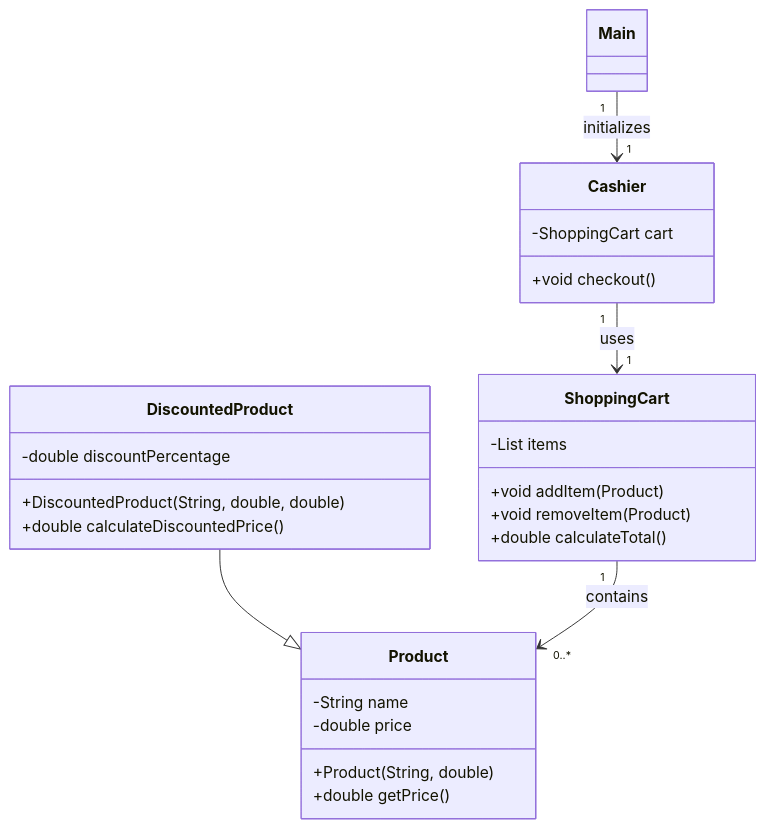
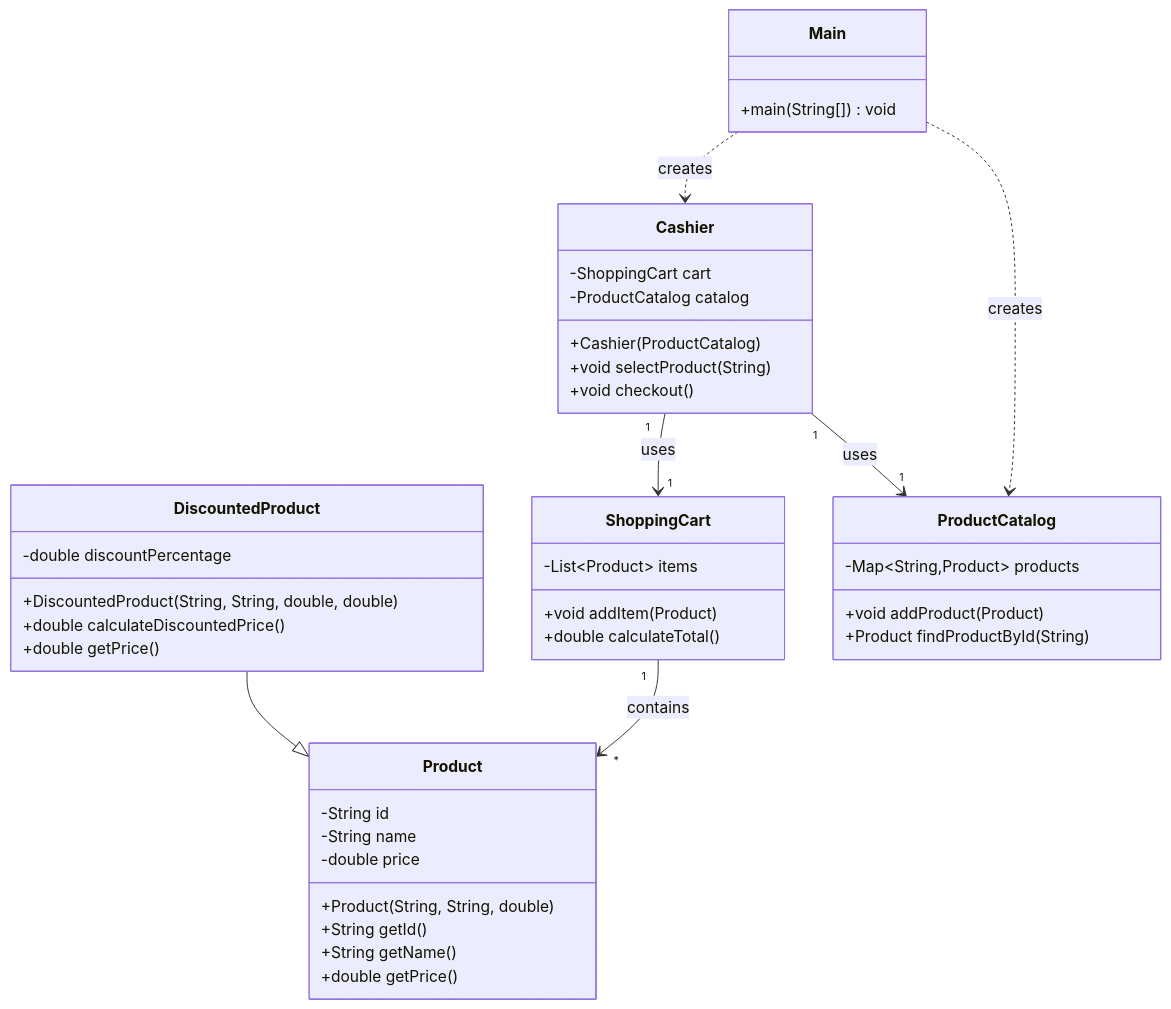
One commit to Sebbys/PBO-04-02 changed the diagram in mini-projects/README.MD. Above: the diagram before and after it, drawn with Mermaid. The commit also changed other lines of this file and 1 other file, not shown here.

Commit message:
example diagram update

````diff
--- a/mini-projects/README.MD
+++ b/mini-projects/README.MD
@@ -91,32 +91,50 @@
 ```mermaid
 classDiagram
     class Product {
+        -String id
         -String name
         -double price
-        +Product(String, double)
+        +Product(String, String, double)
+        +String getId()
+        +String getName()
         +double getPrice()
     }
 
     class DiscountedProduct {
         -double discountPercentage
-        +DiscountedProduct(String, double, double)
+        +DiscountedProduct(String, String, double, double)
         +double calculateDiscountedPrice()
+        +double getPrice()
     }
 
     class ShoppingCart {
-        -List<Product> items
+        -List~Product~ items
         +void addItem(Product)
-        +void removeItem(Product)
         +double calculateTotal()
     }
 
     class Cashier {
         -ShoppingCart cart
+        -ProductCatalog catalog
+        +Cashier(ProductCatalog)
+        +void selectProduct(String)
         +void checkout()
     }
 
+    class ProductCatalog {
+        -Map~String,Product~ products
+        +void addProduct(Product)
+        +Product findProductById(String)
+    }
+
+    class Main {
+        +main(String[]) void
+    }
+
     DiscountedProduct --|> Product
-    ShoppingCart "1" --> "0..*" Product : contains
+    ShoppingCart "1" --> "*" Product : contains
     Cashier "1" --> "1" ShoppingCart : uses
-    Main "1" --> "1" Cashier : initializes
+    Cashier "1" --> "1" ProductCatalog : uses
+    Main ..> Cashier : creates
+    Main ..> ProductCatalog : creates
 ```
````
